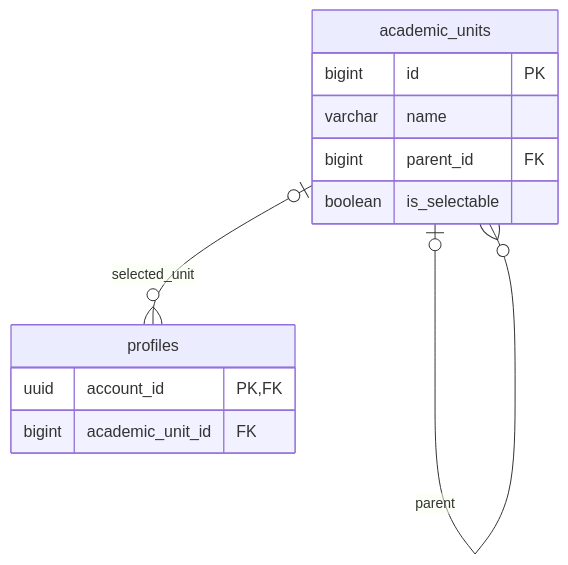
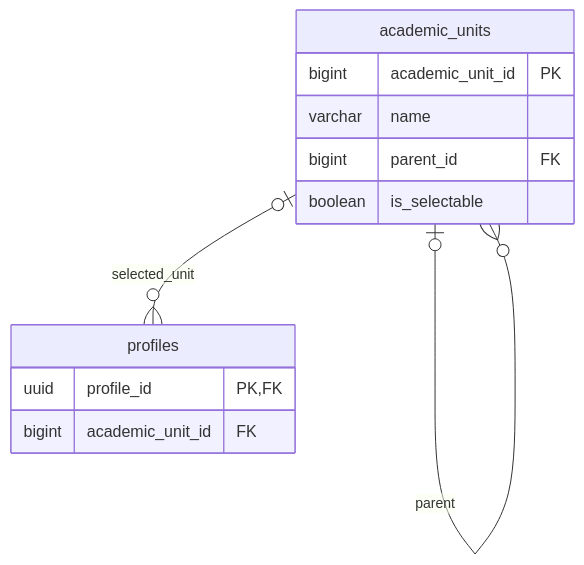
The diagram in docs/database/catalogs.md (wejo-team/sku-dreamon), drawn with Mermaid before and after one commit. The commit also changed other lines of this file and 16 other files, not shown here.

````diff
--- a/docs/database/catalogs.md
+++ b/docs/database/catalogs.md
@@ -63,16 +63,16 @@
 ```mermaid
 erDiagram
     direction TB
     academic_units o|--o{ academic_units : parent
     academic_units o|--o{ profiles : selected_unit
     academic_units {
-        bigint id PK
+        bigint academic_unit_id PK
         varchar name
         bigint parent_id FK
         boolean is_selectable
     }
     profiles {
-        uuid account_id PK,FK
+        uuid profile_id PK,FK
         bigint academic_unit_id FK
     }
 ```
````
